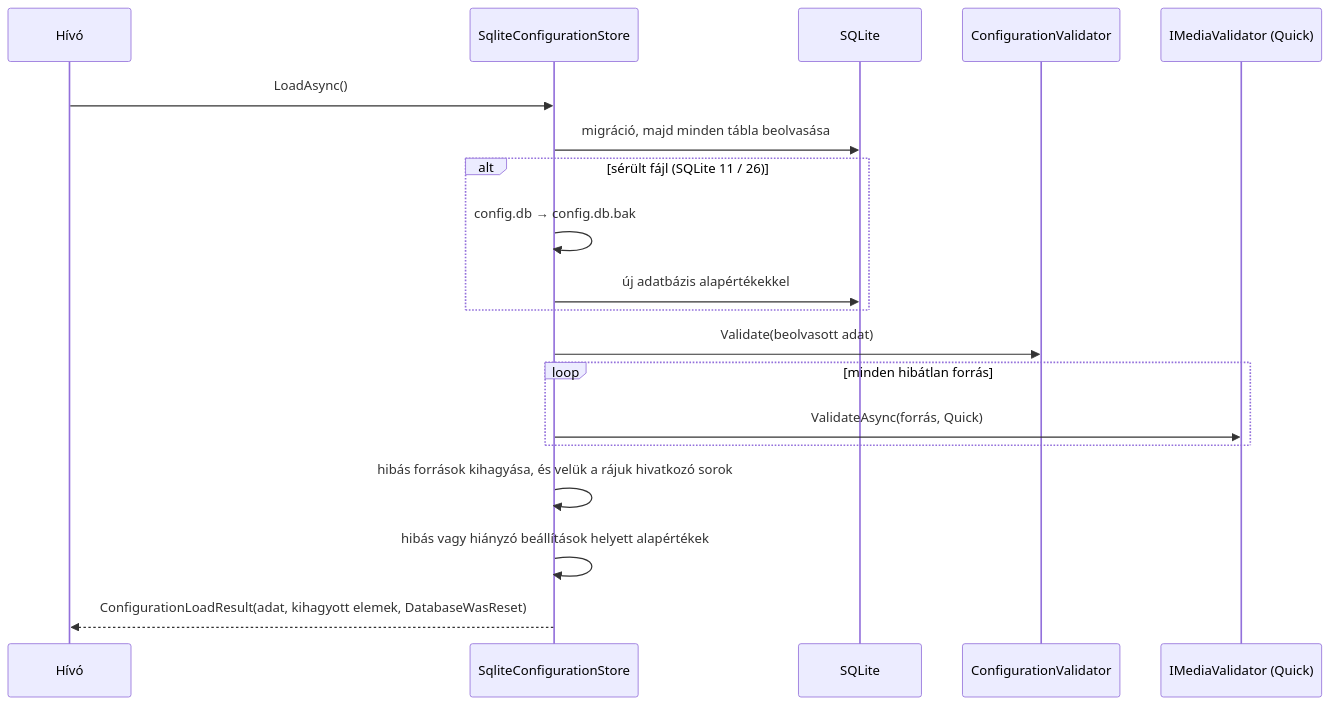
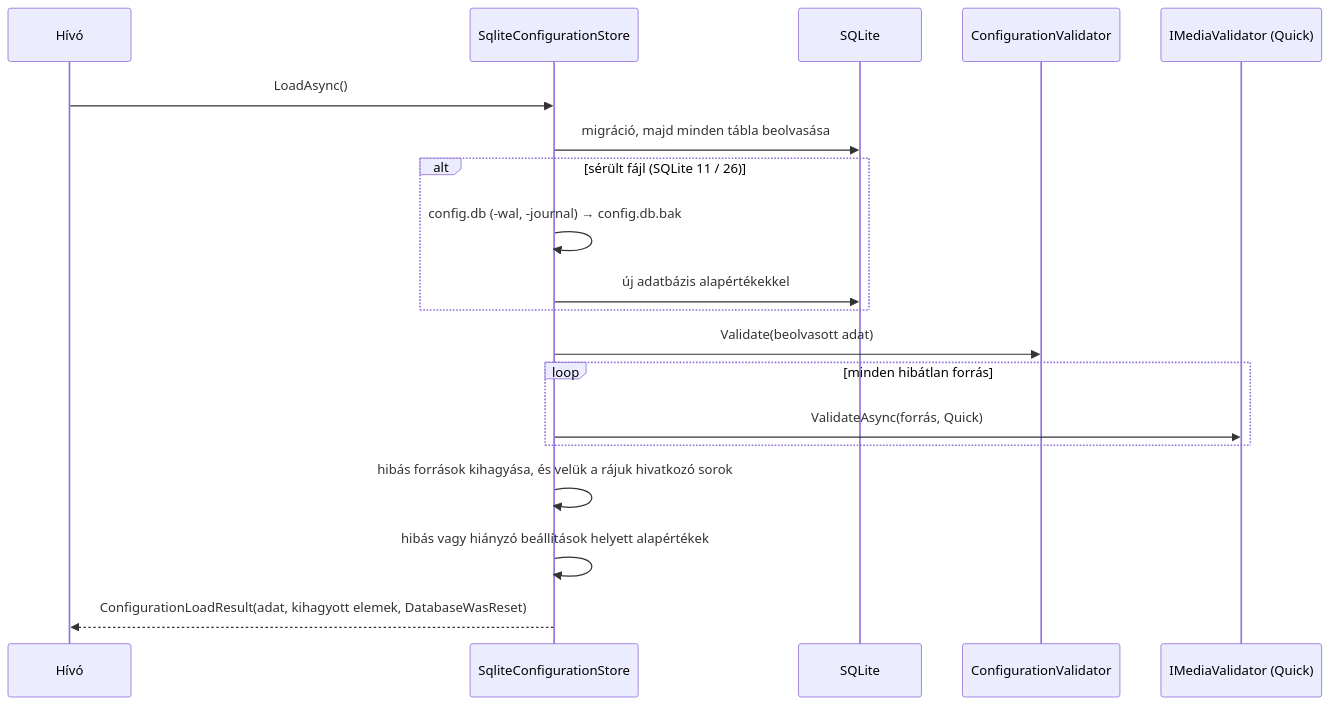
The first of 2 diagrams in docs/configuration_engine/implementation.md (Keny3r/MonkeyStack_Szoftverarchitekturak_Hazi), drawn with Mermaid before and after one commit. The commit also changed other lines of this file and 8 other files, not shown here.

````diff
--- a/docs/configuration_engine/implementation.md
+++ b/docs/configuration_engine/implementation.md
@@ -25,22 +25,22 @@
 ```mermaid
 sequenceDiagram
     participant H as Hívó
     participant S as SqliteConfigurationStore
     participant DB as SQLite
     participant V as ConfigurationValidator
     participant M as IMediaValidator (Quick)
 
     H->>S: LoadAsync()
     S->>DB: migráció, majd minden tábla beolvasása
     alt sérült fájl (SQLite 11 / 26)
-        S->>S: config.db → config.db.bak
+        S->>S: config.db (-wal, -journal) → config.db.bak
         S->>DB: új adatbázis alapértékekkel
     end
     S->>V: Validate(beolvasott adat)
     loop minden hibátlan forrás
         S->>M: ValidateAsync(forrás, Quick)
     end
     S->>S: hibás források kihagyása, és velük a rájuk hivatkozó sorok
     S->>S: hibás vagy hiányzó beállítások helyett alapértékek
     S-->>H: ConfigurationLoadResult(adat, kihagyott elemek, DatabaseWasReset)
 ```
````
